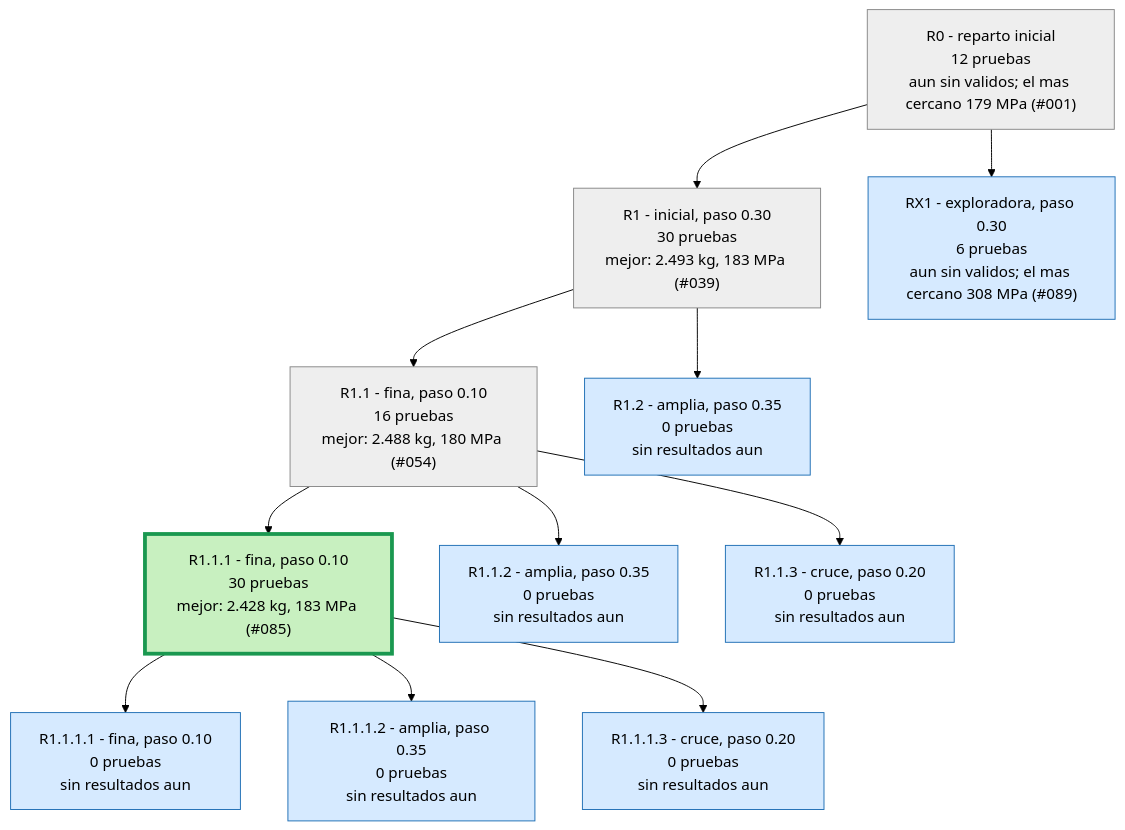
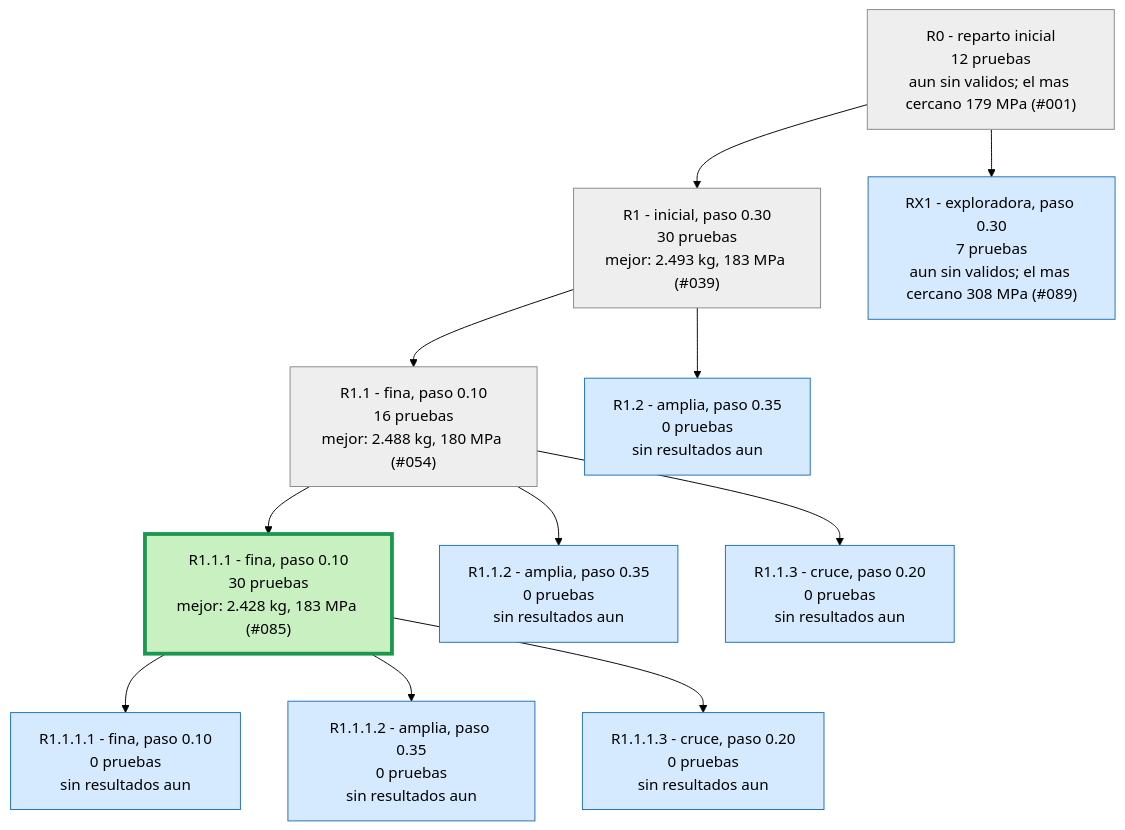
One commit to Hugiko/msd-soporte-optimizacion changed the second of 3 diagrams in runs/opt_37800N/ARBOL.md. Above: the diagram before and after it, drawn with Mermaid (forest theme). The commit also changed 19 other files, not shown here.

````diff
--- a/runs/opt_37800N/ARBOL.md
+++ b/runs/opt_37800N/ARBOL.md
@@ -25,27 +25,27 @@
 ```mermaid
 graph TD
 classDef activa fill:#d6eaff,stroke:#1f6fb5,color:#000
 classDef fin fill:#eeeeee,stroke:#888,color:#000
 classDef mejor fill:#c8f0c0,stroke:#1a9850,stroke-width:4px,color:#000
 R0["R0 - reparto inicial<br/>12 pruebas<br/>aun sin validos; el mas cercano 179 MPa (#001)"]:::fin
 R1["R1 - inicial, paso 0.30<br/>30 pruebas<br/>mejor: 2.493 kg, 183 MPa (#039)"]:::fin
 R0 --> R1
 R1_1["R1.1 - fina, paso 0.10<br/>16 pruebas<br/>mejor: 2.488 kg, 180 MPa (#054)"]:::fin
 R1 --> R1_1
 R1_2["R1.2 - amplia, paso 0.35<br/>0 pruebas<br/>sin resultados aun"]:::activa
 R1 --> R1_2
 R1_1_1["R1.1.1 - fina, paso 0.10<br/>30 pruebas<br/>mejor: 2.428 kg, 183 MPa (#085)"]:::mejor
 R1_1 --> R1_1_1
 R1_1_2["R1.1.2 - amplia, paso 0.35<br/>0 pruebas<br/>sin resultados aun"]:::activa
 R1_1 --> R1_1_2
 R1_1_3["R1.1.3 - cruce, paso 0.20<br/>0 pruebas<br/>sin resultados aun"]:::activa
 R1_1 --> R1_1_3
 R1_1_1_1["R1.1.1.1 - fina, paso 0.10<br/>0 pruebas<br/>sin resultados aun"]:::activa
 R1_1_1 --> R1_1_1_1
 R1_1_1_2["R1.1.1.2 - amplia, paso 0.35<br/>0 pruebas<br/>sin resultados aun"]:::activa
 R1_1_1 --> R1_1_1_2
 R1_1_1_3["R1.1.1.3 - cruce, paso 0.20<br/>0 pruebas<br/>sin resultados aun"]:::activa
 R1_1_1 --> R1_1_1_3
-RX1["RX1 - exploradora, paso 0.30<br/>6 pruebas<br/>aun sin validos; el mas cercano 308 MPa (#089)"]:::activa
+RX1["RX1 - exploradora, paso 0.30<br/>7 pruebas<br/>aun sin validos; el mas cercano 308 MPa (#089)"]:::activa
 R0 --> RX1
 ```
````
